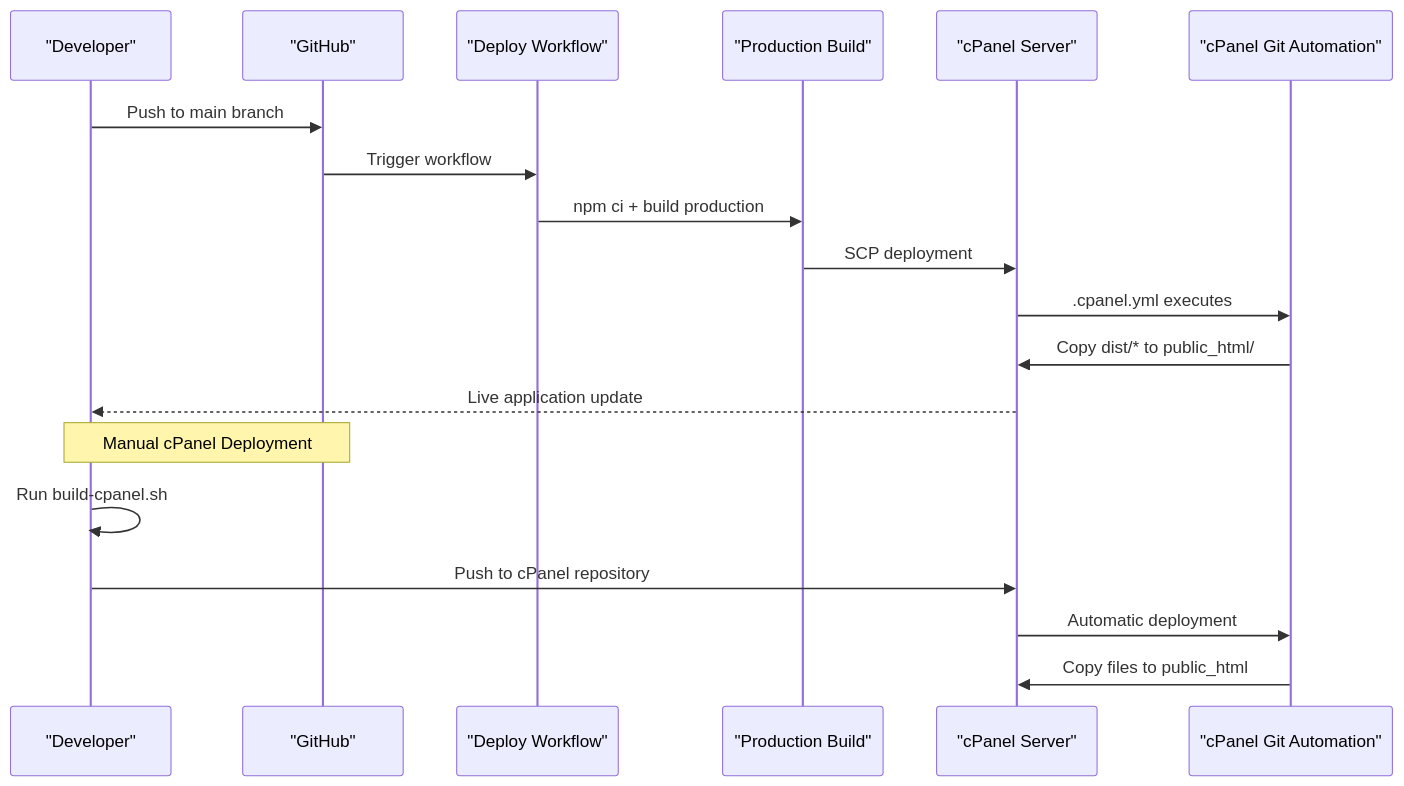
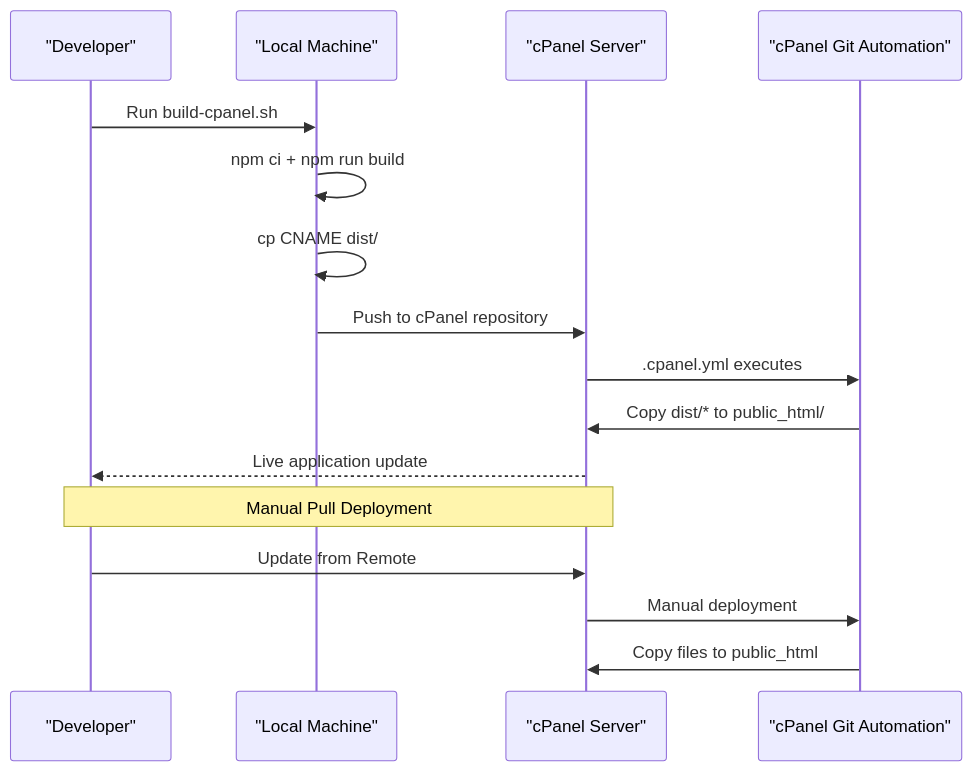
Before and after one commit to netdaniel/serveflow: the second of 3 diagrams in .qoder/repowiki/en/content/Development Workflow/CI_CD Pipeline.md, drawn with Mermaid. The commit also changed other lines of this file and 15 other files, not shown here.

````diff
--- a/.qoder/repowiki/en/content/Development Workflow/CI_CD Pipeline.md
+++ b/.qoder/repowiki/en/content/Development Workflow/CI_CD Pipeline.md
@@ -131,21 +110,18 @@
 ```mermaid
 sequenceDiagram
 participant Dev as "Developer"
-participant GH as "GitHub"
-participant DEPLOY as "Deploy Workflow"
-participant BUILD as "Production Build"
+participant LOCAL as "Local Machine"
 participant CPANEL as "cPanel Server"
 participant AUTOMATION as "cPanel Git Automation"
-Dev->>GH : Push to main branch
-GH->>DEPLOY : Trigger workflow
-DEPLOY->>BUILD : npm ci + build production
-BUILD->>CPANEL : SCP deployment
+Dev->>LOCAL : Run build-cpanel.sh
+LOCAL->>LOCAL : npm ci + npm run build
+LOCAL->>LOCAL : cp CNAME dist/
+LOCAL->>CPANEL : Push to cPanel repository
 CPANEL->>AUTOMATION : .cpanel.yml executes
 AUTOMATION->>CPANEL : Copy dist/* to public_html/
 CPANEL-->>Dev : Live application update
-Note over Dev,GH : Manual cPanel Deployment
-Dev->>Dev : Run build-cpanel.sh
-Dev->>CPANEL : Push to cPanel repository
-CPANEL->>AUTOMATION : Automatic deployment
+Note over Dev,CPANEL : Manual Pull Deployment
+Dev->>CPANEL : Update from Remote
+CPANEL->>AUTOMATION : Manual deployment
 AUTOMATION->>CPANEL : Copy files to public_html
 ```
````
